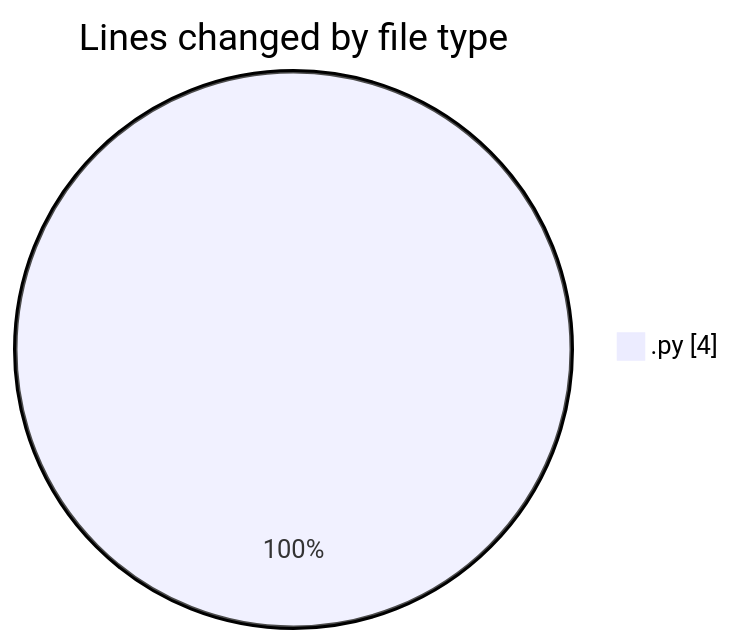
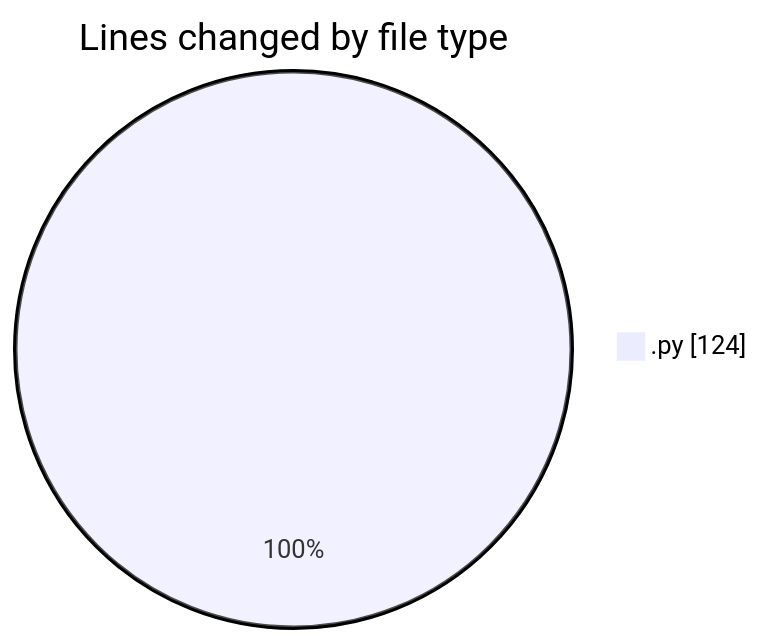
The first of 2 diagrams in 2025-11-12/eventscop-api-guide__workspace_/README.md (julien-gomy/code-tracking), drawn with Mermaid before and after one commit. The commit also changed other lines of this file and 1 other file, not shown here.

````diff
--- a/2025-11-12/eventscop-api-guide__workspace_/README.md
+++ b/2025-11-12/eventscop-api-guide__workspace_/README.md
@@ -20,5 +21,5 @@
 ```mermaid
 pie showData
 title Lines changed by file type
-".py" : 4
+".py" : 124
 ```
````
